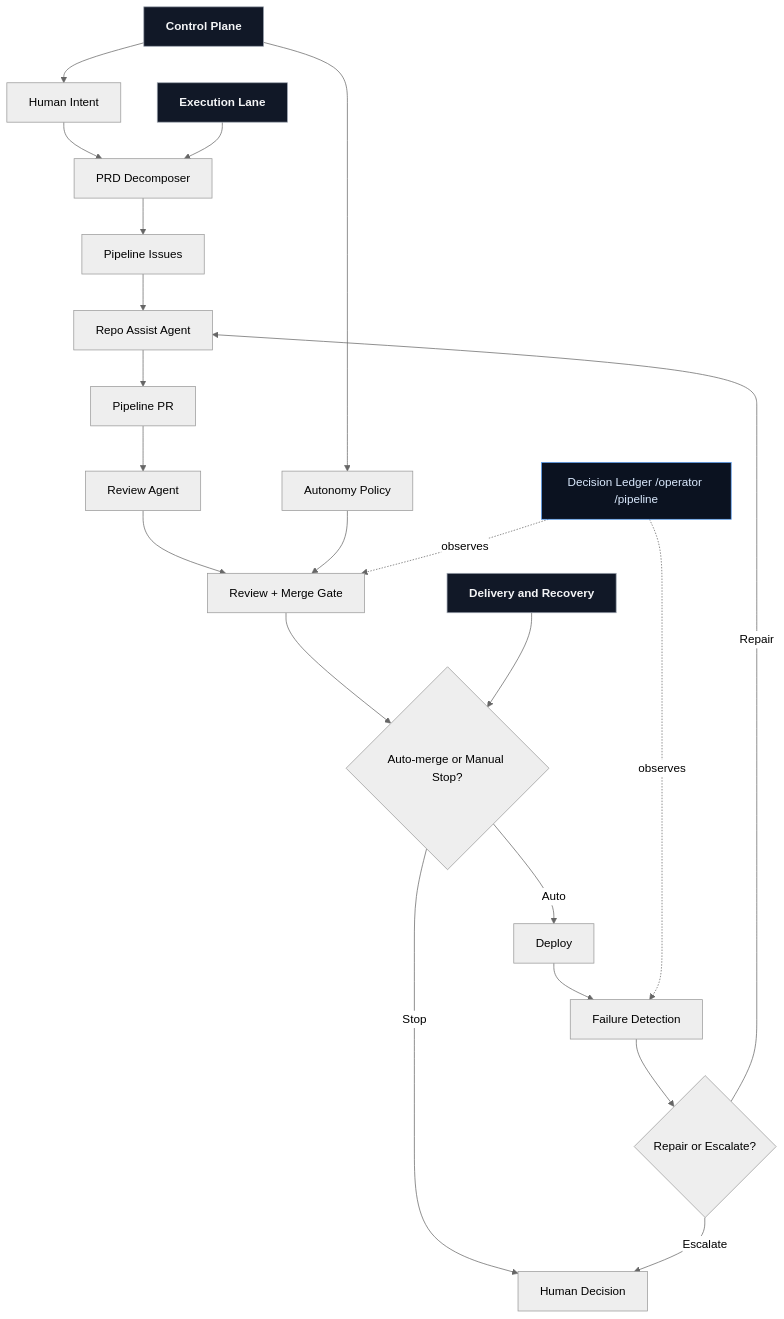
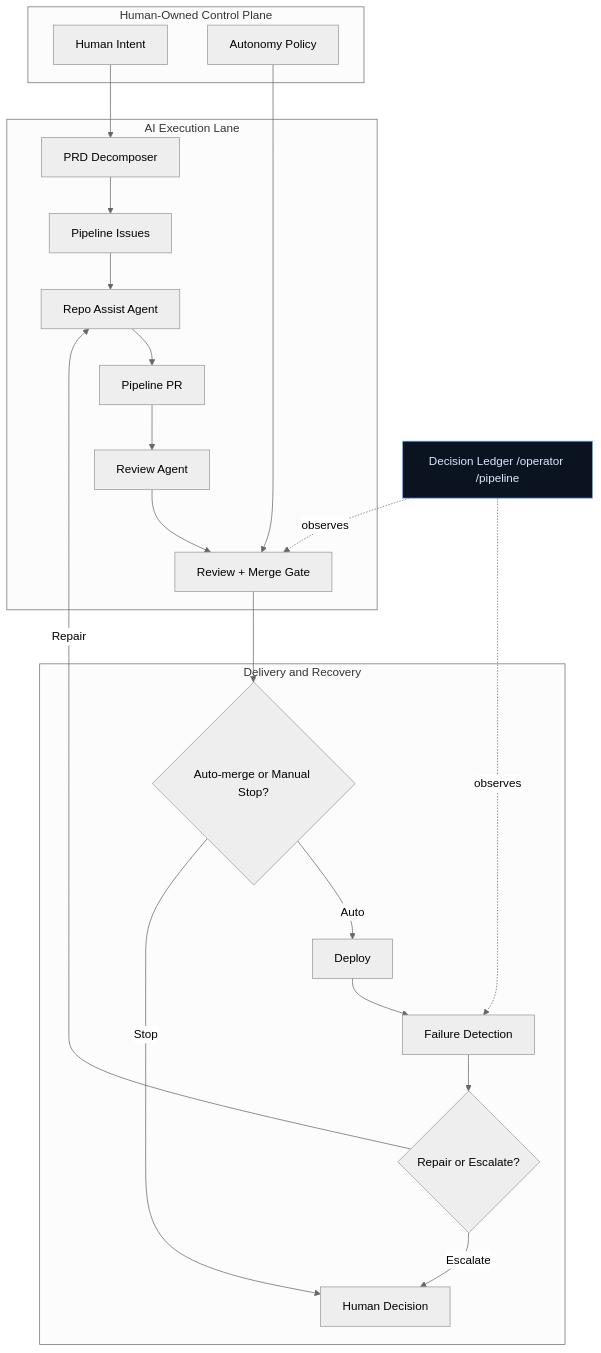
One commit to samuelkahessay/agentic-pipeline changed the diagram in README.md. Above: the diagram before and after it, drawn with Mermaid (neutral theme).

Commit message:
docs: restore grouped README diagram layout

````diff
--- a/README.md
+++ b/README.md
@@ -13,40 +13,38 @@
 ```mermaid
 flowchart TD
-  CP["Control Plane"]:::section
-  H["Human Intent"]
-  P["Autonomy Policy"]
+  subgraph C["Human-Owned Control Plane<br/><br/>"]
+    H["Human Intent"]
+    P["Autonomy Policy"]
+  end
 
-  EL["Execution Lane"]:::section
-  D["PRD Decomposer"] --> I["Pipeline Issues"]
-  I --> A["Repo Assist Agent"]
-  A --> PR["Pipeline PR"]
-  PR --> RV["Review Agent"]
-  RV --> R["Review + Merge Gate"]
+  subgraph E["AI Execution Lane<br/>"]
+    D["PRD Decomposer"] --> I["Pipeline Issues"]
+    I --> A["Repo Assist Agent"]
+    A --> PR["Pipeline PR"]
+    PR --> RV["Review Agent"]
+    RV --> R["Review + Merge Gate"]
+  end
 
-  DR["Delivery and Recovery"]:::section
-  M{"Auto-merge or Manual Stop?"}
-  S["Deploy"]
-  F["Failure Detection"]
-  X{"Repair or Escalate?"}
-  HD["Human Decision"]
+  subgraph O["Delivery and Recovery<br/>"]
+    M{"Auto-merge or Manual Stop?"}
+    S["Deploy"]
+    F["Failure Detection"]
+    X{"Repair or Escalate?"}
+    HD["Human Decision"]
+  end
 
-  CP --> H
-  CP --> P
   H --> D
   P --> R
-  EL --> D
   R --> M
-  DR --> M
   M -->|Auto| S
   M -->|Stop| HD
   S --> F
   F --> X
   X -->|Repair| A
   X -->|Escalate| HD
 
   L["Decision Ledger /operator /pipeline"]:::observe -. observes .-> R
   L -. observes .-> F
 
-  classDef section fill:#111827,stroke:#9ca3af,color:#f3f4f6,font-weight:bold;
   classDef observe fill:#0b1220,stroke:#60a5fa,color:#dbeafe;
 ```
````
